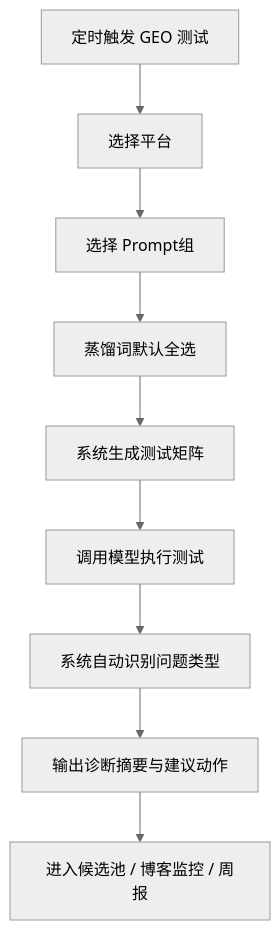
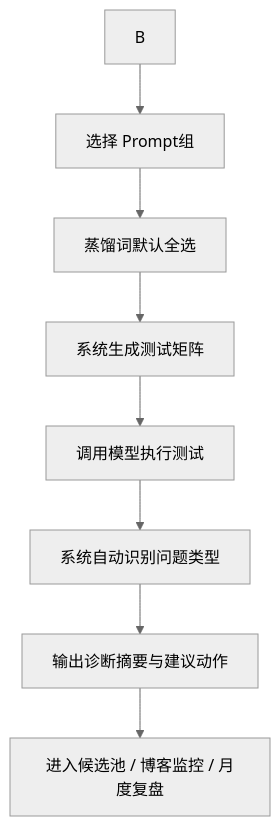
Before and after one commit to 1736280642-Star/gtm-content-growth-workbench: the first of 2 diagrams in docs/content-growth-system-v2-clarifications.md, drawn with Mermaid (neutral theme). The commit also changed other lines of this file and 63 other files, not shown here.

````diff
--- a/docs/content-growth-system-v2-clarifications.md
+++ b/docs/content-growth-system-v2-clarifications.md
@@ -164,11 +160,10 @@
 ```mermaid
 flowchart TD
-  A["定时触发 GEO 测试"] --> B["选择平台"]
   B --> C["选择 Prompt组"]
   C --> D["蒸馏词默认全选"]
   D --> E["系统生成测试矩阵"]
   E --> F["调用模型执行测试"]
   F --> G["系统自动识别问题类型"]
   G --> H["输出诊断摘要与建议动作"]
-  H --> I["进入候选池 / 博客监控 / 周报"]
+  H --> I["进入候选池 / 博客监控 / 月度复盘"]
 ```
````
